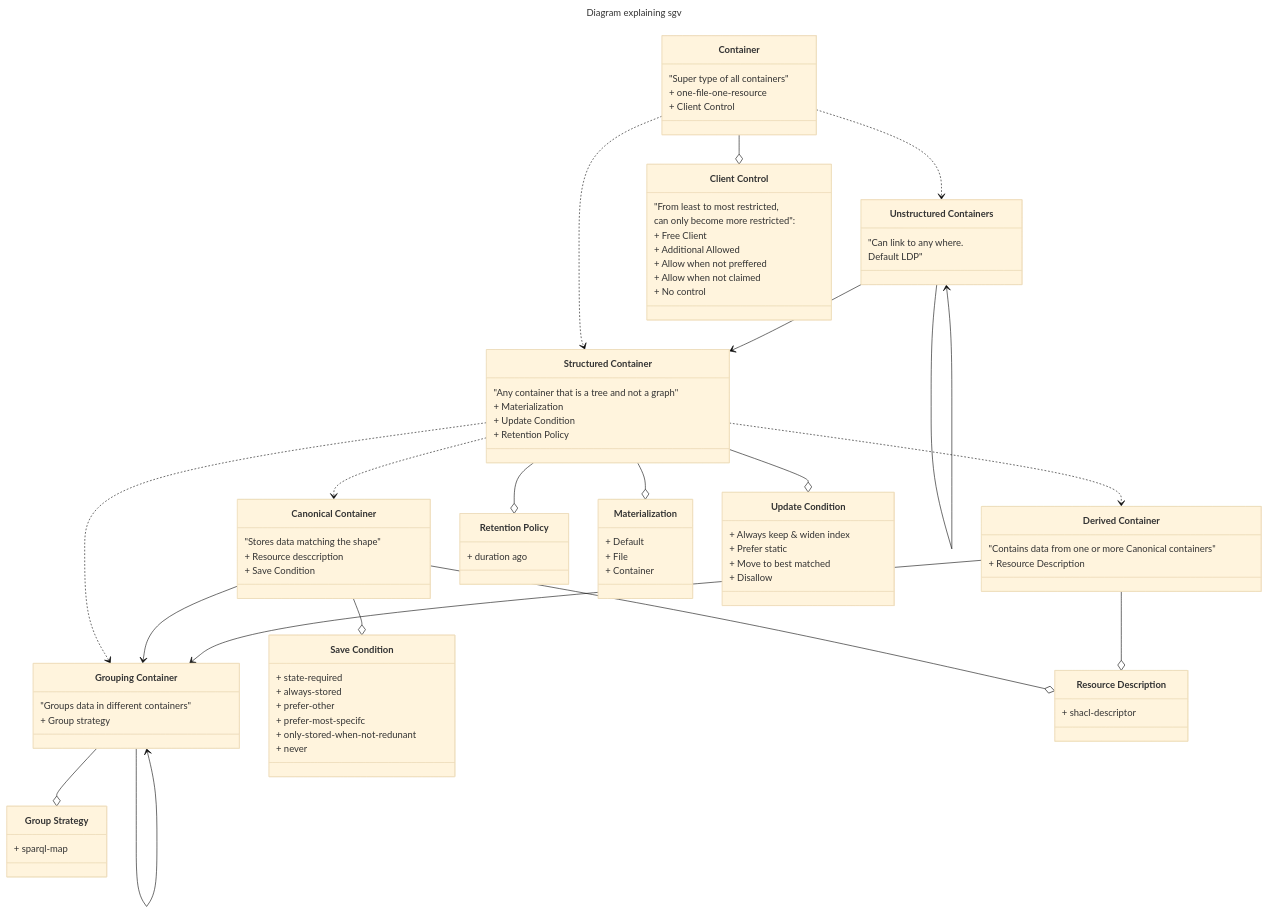
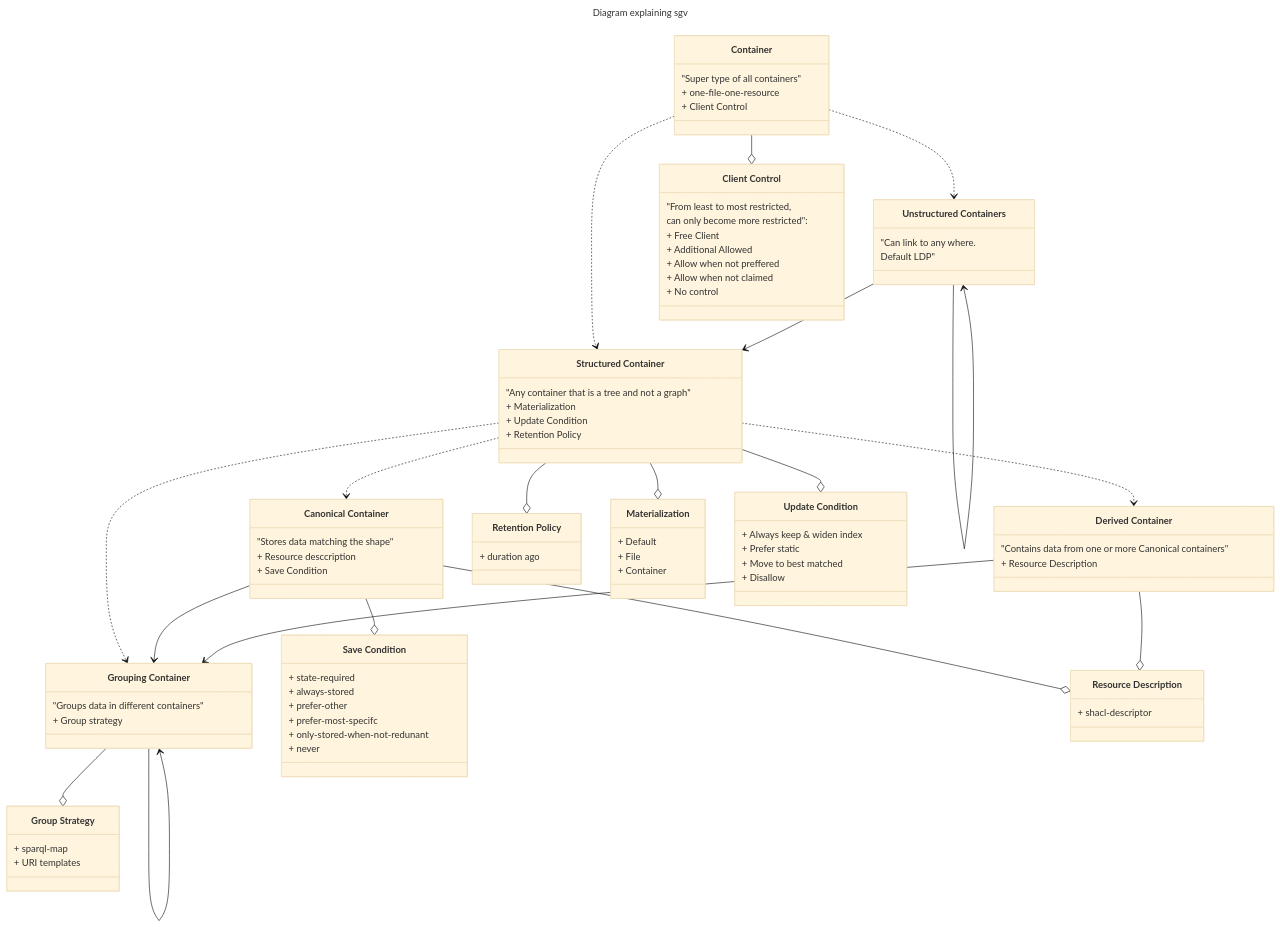
The second of 2 diagrams in solution/storage-guidance-vocabulary/index.md (jitsedesmet/thesis), drawn with Mermaid (base theme) before and after one commit. The commit also changed 1 other file, not shown here.

Commit message:
add uri templates

```diff
--- a/solution/storage-guidance-vocabulary/index.md
+++ b/solution/storage-guidance-vocabulary/index.md
@@ -113,6 +113,7 @@
   GC --o GS
   class GS["Group Strategy"] {
     + sparql-map
+    + URI templates
   }
 
   SC --o M  
```
